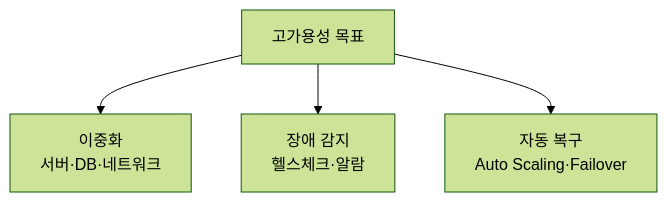
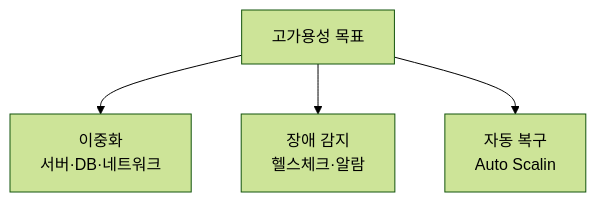
One commit to yjkim2015/yjkim2015.github.io changed the second of 17 diagrams in _posts/systemdesign/2026-05-02-system-design-fundamentals.md. Above: the diagram before and after it, drawn with Mermaid (forest theme). The commit also changed other lines of this file and 271 other files, not shown here.

First line of the commit message:
Mermaid 라벨 축소: 긴 노드 텍스트 18자 이하로 트림 + \n 제거

````diff
--- a/_posts/systemdesign/2026-05-02-system-design-fundamentals.md
+++ b/_posts/systemdesign/2026-05-02-system-design-fundamentals.md
@@ -116,6 +116,6 @@
 ```mermaid
 graph TD
     A["고가용성 목표"] --> B["이중화\n서버·DB·네트워크"]
     A --> C["장애 감지\n헬스체크·알람"]
-    A --> D["자동 복구\nAuto Scaling·Failover"]
+    A --> D["자동 복구\nAuto Scalin"]
 ```
````
